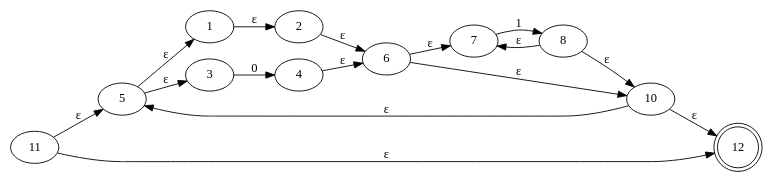
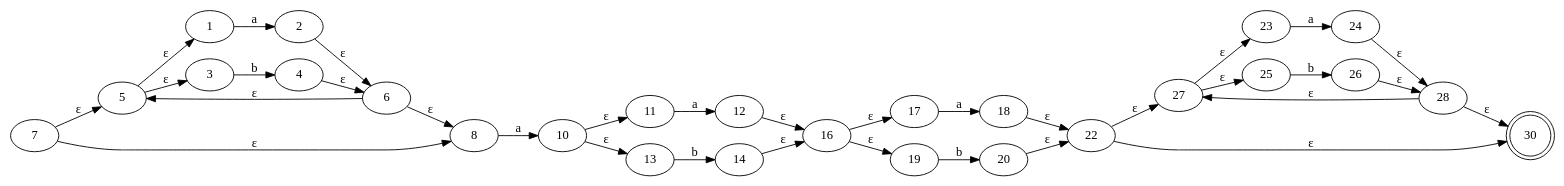
One commit to rmonzon98/Dise-o-de-lenguajes changed the diagram in graficas/Thompson.gv. Above: the diagram before and after it, drawn with Graphviz. The commit also changed 26 other files, not shown here.

```diff
--- a/graficas/Thompson.gv
+++ b/graficas/Thompson.gv
@@ -1,29 +1,62 @@
 digraph Automata {
 	rankdir=LR
 	5 [label=5]
 	1 [label=1]
 	3 [label=3]
 	2 [label=2]
 	4 [label=4]
 	6 [label=6]
 	7 [label=7]
 	8 [label=8]
 	10 [label=10]
 	11 [label=11]
-	12 [label=12 shape=doublecircle]
+	12 [label=12]
+	13 [label=13]
+	14 [label=14]
+	16 [label=16]
+	17 [label=17]
+	18 [label=18]
+	19 [label=19]
+	20 [label=20]
+	22 [label=22]
+	27 [label=27]
+	23 [label=23]
+	25 [label=25]
+	24 [label=24]
+	26 [label=26]
+	28 [label=28]
+	30 [label=30 shape=doublecircle]
 	5 -> 1 [label="ε"]
 	5 -> 3 [label="ε"]
-	1 -> 2 [label="ε"]
-	3 -> 4 [label=0]
+	1 -> 2 [label=a]
+	3 -> 4 [label=b]
 	2 -> 6 [label="ε"]
 	4 -> 6 [label="ε"]
-	7 -> 8 [label=1]
-	8 -> 10 [label="ε"]
-	8 -> 7 [label="ε"]
-	6 -> 7 [label="ε"]
-	6 -> 10 [label="ε"]
-	11 -> 5 [label="ε"]
-	11 -> 12 [label="ε"]
-	10 -> 12 [label="ε"]
-	10 -> 5 [label="ε"]
+	7 -> 5 [label="ε"]
+	7 -> 8 [label="ε"]
+	6 -> 8 [label="ε"]
+	6 -> 5 [label="ε"]
+	8 -> 10 [label=a]
+	11 -> 12 [label=a]
+	13 -> 14 [label=b]
+	12 -> 16 [label="ε"]
+	14 -> 16 [label="ε"]
+	10 -> 11 [label="ε"]
+	10 -> 13 [label="ε"]
+	17 -> 18 [label=a]
+	19 -> 20 [label=b]
+	18 -> 22 [label="ε"]
+	20 -> 22 [label="ε"]
+	16 -> 17 [label="ε"]
+	16 -> 19 [label="ε"]
+	27 -> 23 [label="ε"]
+	27 -> 25 [label="ε"]
+	23 -> 24 [label=a]
+	25 -> 26 [label=b]
+	24 -> 28 [label="ε"]
+	26 -> 28 [label="ε"]
+	28 -> 30 [label="ε"]
+	28 -> 27 [label="ε"]
+	22 -> 27 [label="ε"]
+	22 -> 30 [label="ε"]
 }
```
